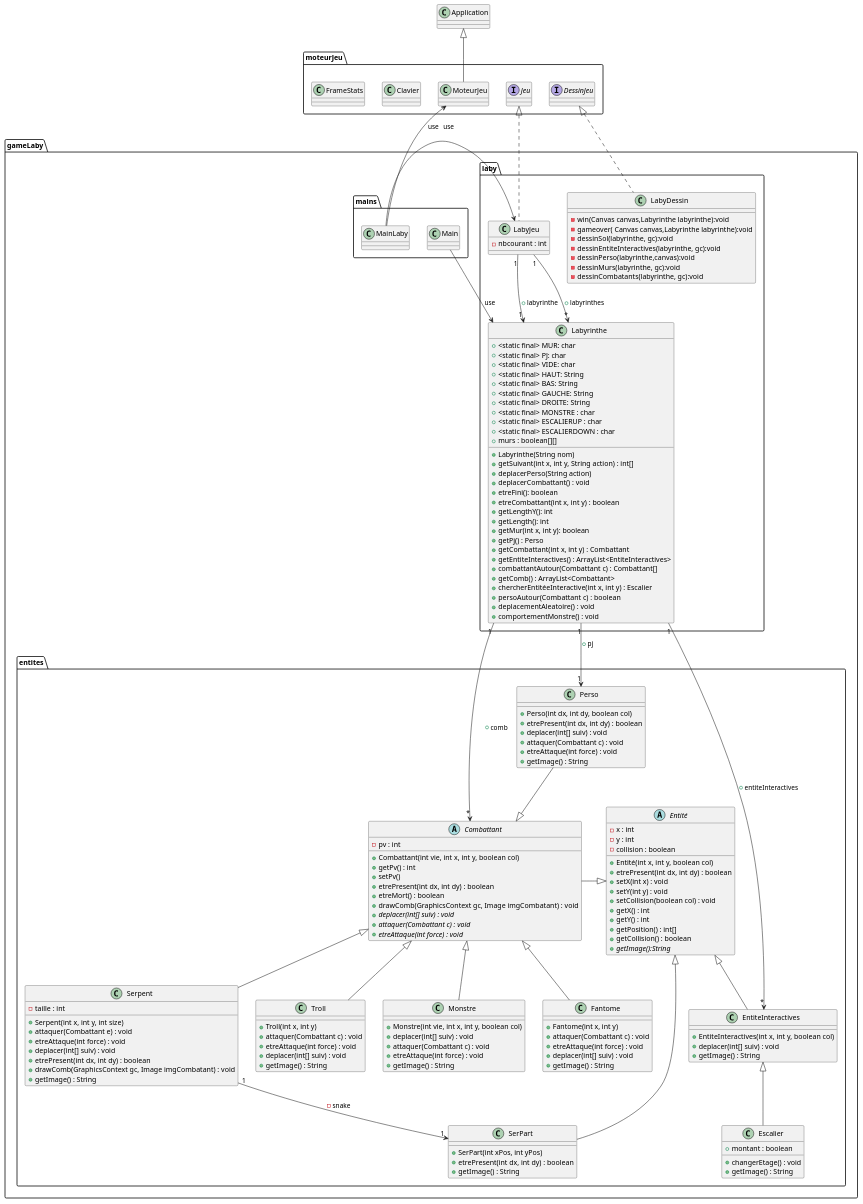
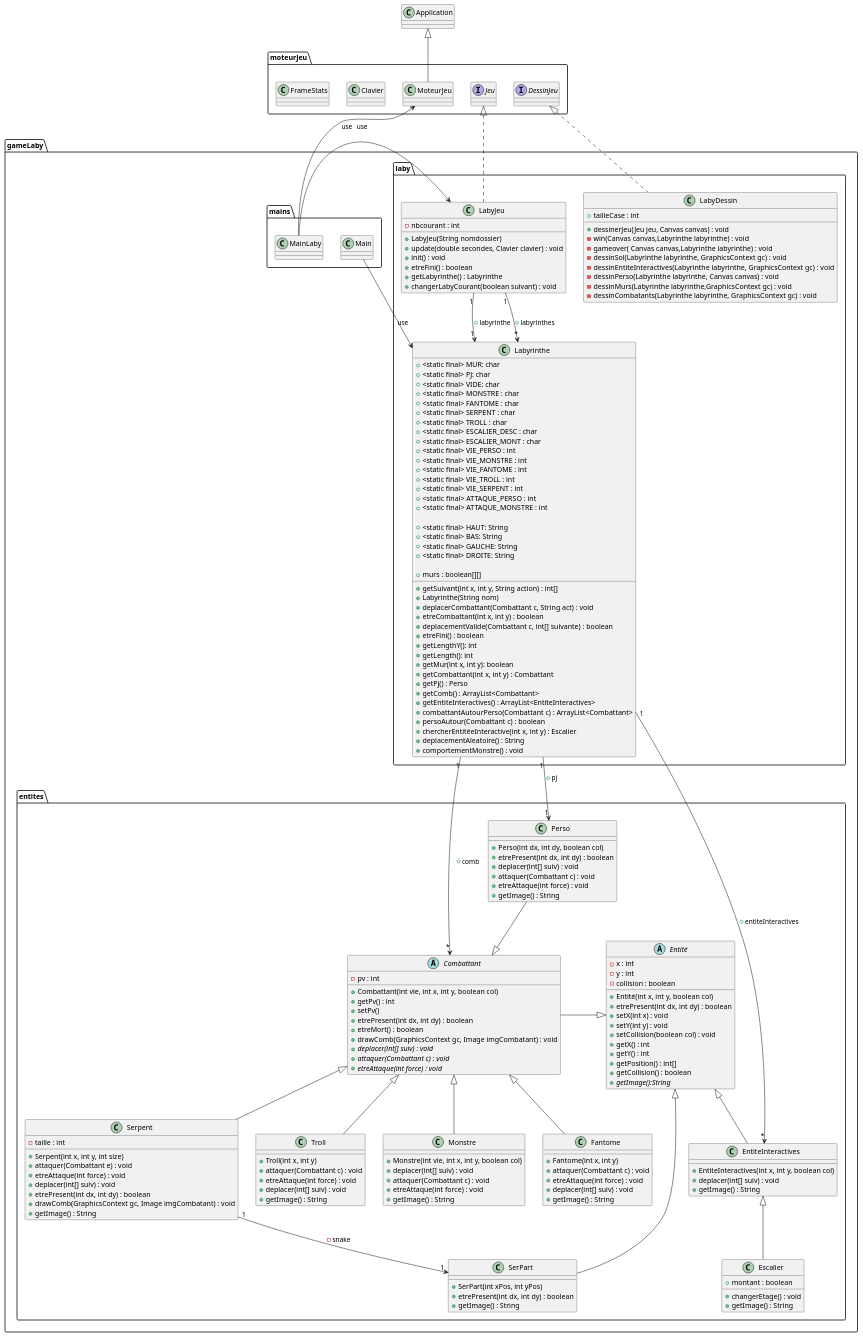
The diagram in zeldiablo/documents/version_4/diagclass_laby.puml (celie-ponroy/2023_S2.01_Zeldiablo_ponroy_roth_prykhodko_bortolotti), drawn with PlantUML before and after one commit. The commit also changed 1 other file, not shown here.

Commit message:
fin diagramme classe

```diff
--- a/zeldiablo/documents/version_4/diagclass_laby.puml
+++ b/zeldiablo/documents/version_4/diagclass_laby.puml
@@ -8,46 +8,66 @@
 + <static final> MUR: char
 + <static final> PJ: char
 + <static final> VIDE: char
++ <static final> MONSTRE : char
++ <static final> FANTOME : char
++ <static final> SERPENT : char
++ <static final> TROLL : char
++ <static final> ESCALIER_DESC : char
++ <static final> ESCALIER_MONT : char
++ <static final> VIE_PERSO : int
++ <static final> VIE_MONSTRE : int
++ <static final> VIE_FANTOME : int
++ <static final> VIE_TROLL : int
++ <static final> VIE_SERPENT : int
++ <static final> ATTAQUE_PERSO : int
++ <static final> ATTAQUE_MONSTRE : int
+
 + <static final> HAUT: String
 + <static final> BAS: String
 + <static final> GAUCHE: String
 + <static final> DROITE: String
-+ <static final> MONSTRE : char
-+ <static final> ESCALIERUP : char
-+ <static final> ESCALIERDOWN : char
+
 + murs : boolean[][]
++ getSuivant(int x, int y, String action) : int[]
 + Labyrinthe(String nom)
-+ getSuivant(int x, int y, String action) : int[]
-+ deplacerPerso(String action)
-+ deplacerCombattant() : void
-+ etreFini(): boolean
++ deplacerCombattant(Combattant c, String act) : void
 + etreCombattant(int x, int y) : boolean
++ deplacementValide(Combattant c, int[] suivante) : boolean
++ etreFini() : boolean
 + getLengthY(): int
 + getLength(): int
 + getMur(int x, int y): boolean
++ getCombattant(int x, int y) : Combattant
 + getPj() : Perso
-+ getCombattant(int x, int y) : Combattant
++ getComb() : ArrayList<Combattant>
 + getEntiteInteractives() : ArrayList<EntiteInteractives>
-+ combattantAutour(Combattant c) : Combattant[]
-+ getComb() : ArrayList<Combattant>
++ combattantAutourPerso(Combattant c) : ArrayList<Combattant>
++ persoAutour(Combattant c) : boolean
 + chercherEntitéeInteractive(int x, int y) : Escalier
-+ persoAutour(Combattant c) : boolean
-+ deplacementAleatoire() : void
++ deplacementAleatoire() : String
 + comportementMonstre() : void
 }
 
 class LabyJeu{
 - nbcourant : int
++ LabyJeu(String nomdossier)
++ update(double secondes, Clavier clavier) : void
++ init() : void
++ etreFini() : boolean
++ getLabyrinthe() : Labyrinthe
++ changerLabyCourant(boolean suivant) : void
 }
 
 class LabyDessin{
--win(Canvas canvas,Labyrinthe labyrinthe):void
--gameover( Canvas canvas,Labyrinthe labyrinthe):void
--dessinSol(labyrinthe, gc):void
--dessinEntiteInteractives(labyrinthe, gc):void
--dessinPerso(labyrinthe,canvas):void
--dessinMurs(labyrinthe, gc):void
--dessinCombatants(labyrinthe, gc):void
++ tailleCase : int
++ dessinerJeu(Jeu jeu, Canvas canvas) : void
+- win(Canvas canvas,Labyrinthe labyrinthe) : void
+- gameover( Canvas canvas,Labyrinthe labyrinthe) : void
+- dessinSol(Labyrinthe labyrinthe, GraphicsContext gc) : void
+- dessinEntiteInteractives(Labyrinthe labyrinthe, GraphicsContext gc) : void
+- dessinPerso(Labyrinthe labyrinthe, Canvas canvas) : void
+- dessinMurs(Labyrinthe labyrinthe,GraphicsContext gc) : void
+- dessinCombatants(Labyrinthe labyrinthe, GraphicsContext gc) : void
 }
 
 }
```
